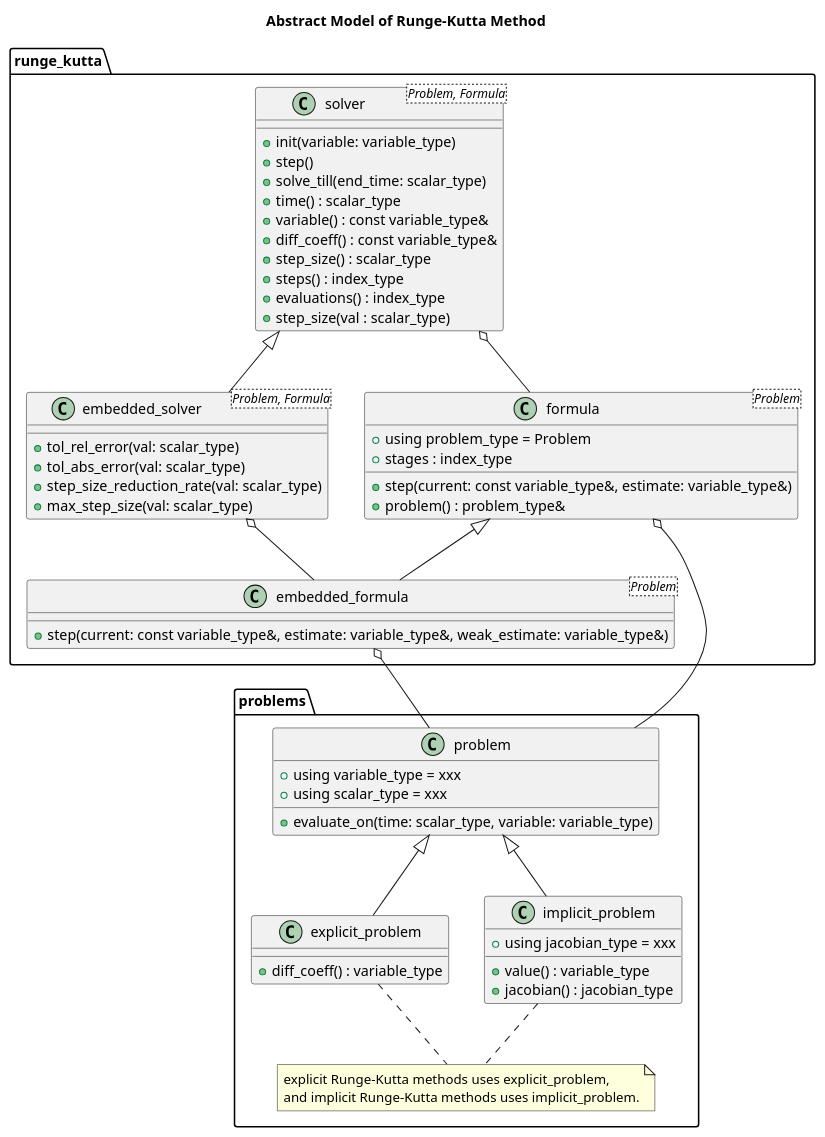
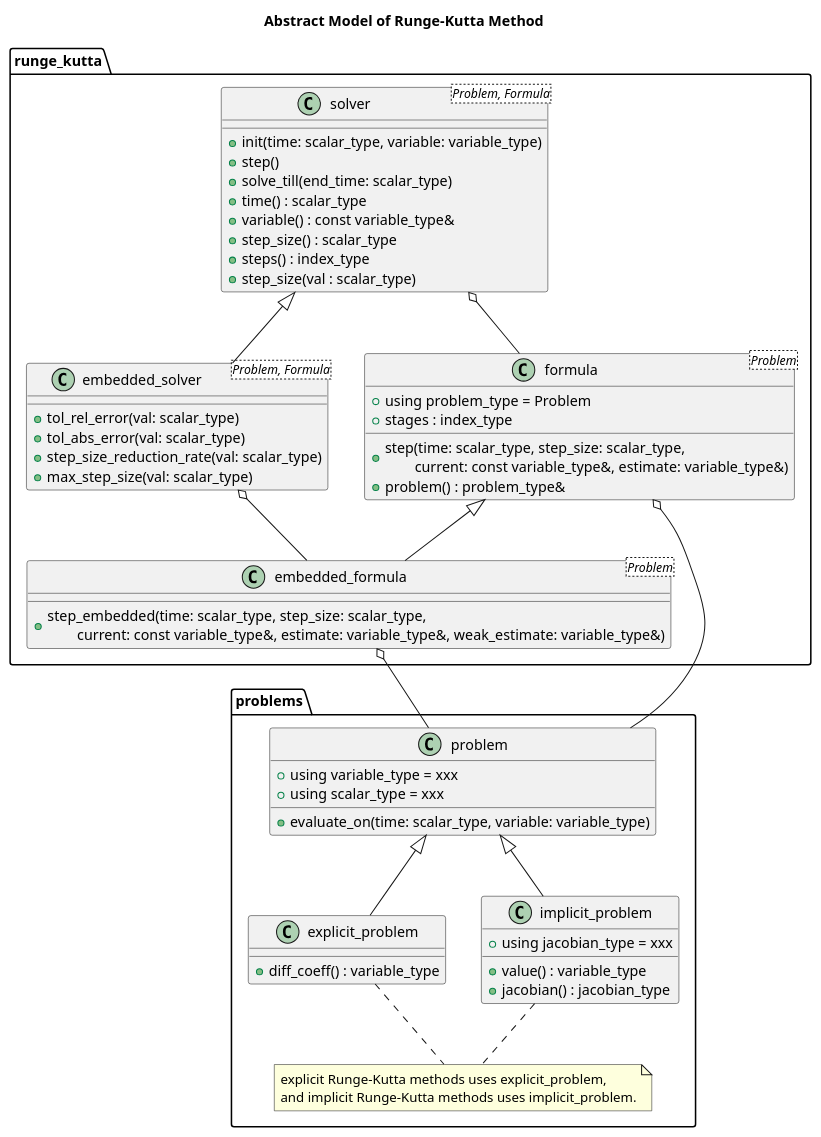
The diagram in doc/sphinx/src/basic_design/ode.rst (MusicScience37/numerical-collection-cpp), drawn with PlantUML before and after one commit. The commit also changed 10 other files, not shown here.

```diff
--- a/doc/sphinx/src/basic_design/ode.rst
+++ b/doc/sphinx/src/basic_design/ode.rst
@@ -16,69 +16,67 @@
 .. uml::
 
     title Abstract Model of Runge-Kutta Method
 
     package problems {
         class problem {
             + using variable_type = xxx
             + using scalar_type = xxx
             + evaluate_on(time: scalar_type, variable: variable_type)
         }
 
         class explicit_problem {
             + diff_coeff() : variable_type
         }
         problem <|-- explicit_problem
 
         class implicit_problem {
             + using jacobian_type = xxx
             + value() : variable_type
             + jacobian() : jacobian_type
         }
         problem <|-- implicit_problem
 
         note as problem_type_note
             explicit Runge-Kutta methods uses explicit_problem,
             and implicit Runge-Kutta methods uses implicit_problem.
         end note
         explicit_problem .. problem_type_note
         implicit_problem .. problem_type_note
     }
 
     package runge_kutta {
         class formula<Problem> {
             + using problem_type = Problem
             + stages : index_type
-            + step(current: const variable_type&, estimate: variable_type&)
+            + step(time: scalar_type, step_size: scalar_type,\n\tcurrent: const variable_type&, estimate: variable_type&)
             + problem() : problem_type&
         }
         formula o-- problem
 
         class embedded_formula<Problem> {
-            + step(current: const variable_type&, estimate: variable_type&, weak_estimate: variable_type&)
+            + step_embedded(time: scalar_type, step_size: scalar_type,\n\tcurrent: const variable_type&, estimate: variable_type&, weak_estimate: variable_type&)
         }
         formula <|-- embedded_formula
         embedded_formula o-- problem
 
         class solver<Problem, Formula> {
-            + init(variable: variable_type)
+            + init(time: scalar_type, variable: variable_type)
             + step()
             + solve_till(end_time: scalar_type)
             + time() : scalar_type
             + variable() : const variable_type&
-            + diff_coeff() : const variable_type&
             + step_size() : scalar_type
             + steps() : index_type
-            + evaluations() : index_type
             + step_size(val : scalar_type)
         }
         solver o-- formula
 
         class embedded_solver<Problem, Formula> {
             + tol_rel_error(val: scalar_type)
             + tol_abs_error(val: scalar_type)
             + step_size_reduction_rate(val: scalar_type)
             + max_step_size(val: scalar_type)
         }
         solver <|-- embedded_solver
         embedded_solver o-- embedded_formula
     }
```
